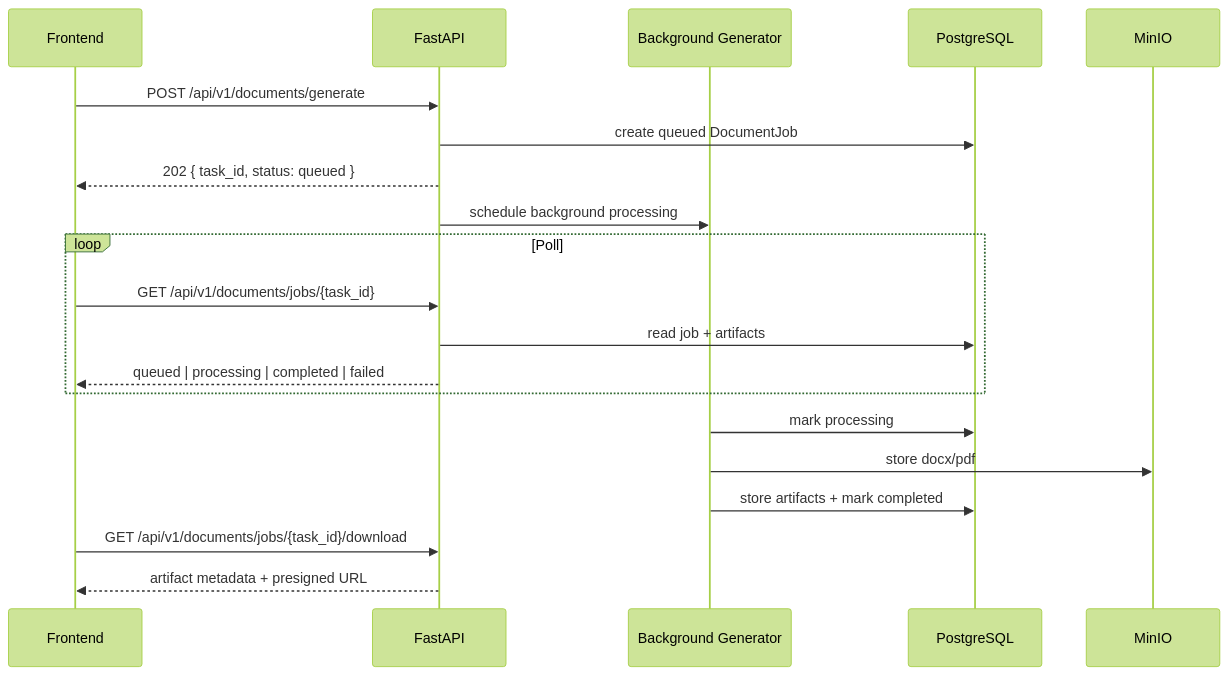
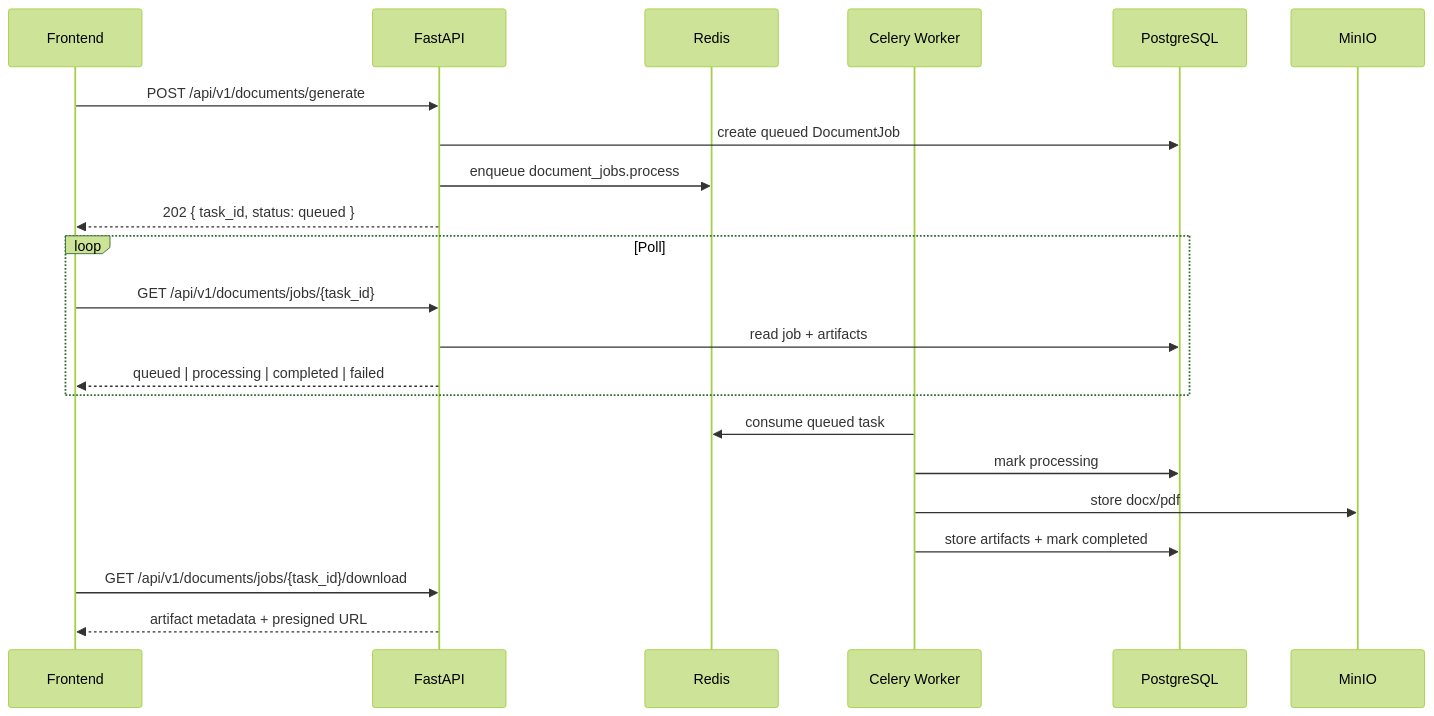
One commit to anuarsunkarovich-ai/DocumentGenerationAnek changed the diagram in docs/generation-lifecycle.md. Above: the diagram before and after it, drawn with Mermaid (forest theme). The commit also changed other lines of this file and 19 other files, not shown here.

Commit message:
Move document generation to Celery workers

````diff
--- a/docs/generation-lifecycle.md
+++ b/docs/generation-lifecycle.md
@@ -72,23 +74,25 @@
 ```mermaid
 sequenceDiagram
     participant FE as Frontend
     participant API as FastAPI
-    participant BG as Background Generator
+    participant RQ as Redis
+    participant BG as Celery Worker
     participant DB as PostgreSQL
     participant S3 as MinIO
 
     FE->>API: POST /api/v1/documents/generate
     API->>DB: create queued DocumentJob
+    API->>RQ: enqueue document_jobs.process
     API-->>FE: 202 { task_id, status: queued }
-    API->>BG: schedule background processing
     loop Poll
         FE->>API: GET /api/v1/documents/jobs/{task_id}
         API->>DB: read job + artifacts
         API-->>FE: queued | processing | completed | failed
     end
+    BG->>RQ: consume queued task
     BG->>DB: mark processing
     BG->>S3: store docx/pdf
     BG->>DB: store artifacts + mark completed
     FE->>API: GET /api/v1/documents/jobs/{task_id}/download
     API-->>FE: artifact metadata + presigned URL
 ```
````
